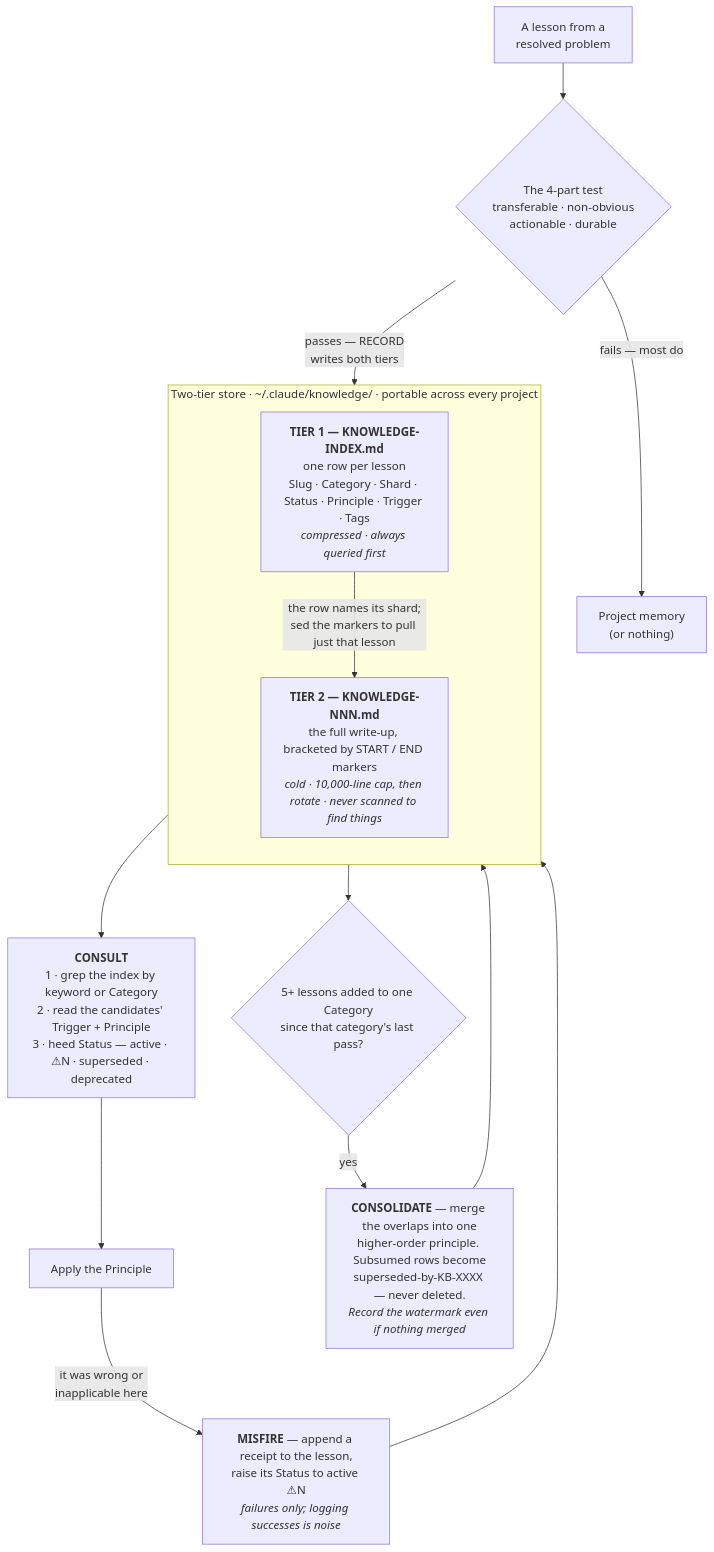
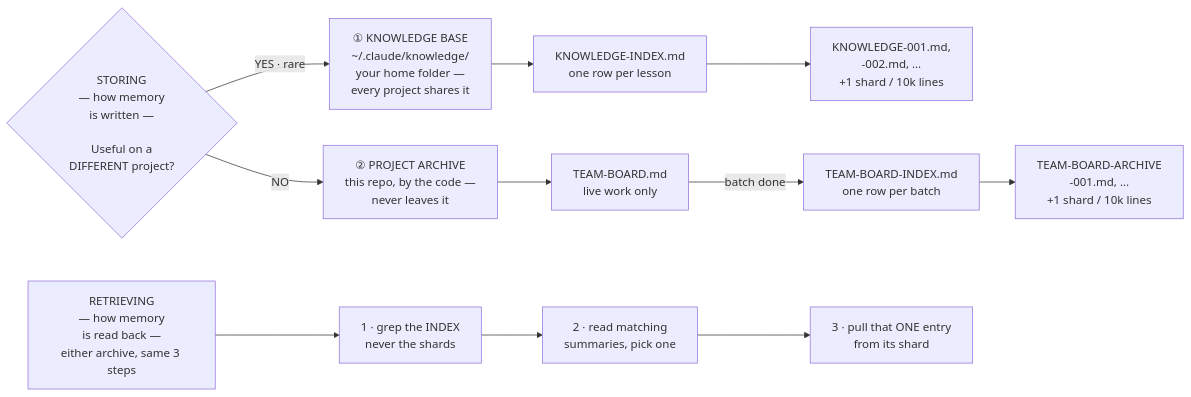
Before and after one commit to ynscancode/agentic-architecture: the diagram in README.md, drawn with Mermaid. The commit also changed other lines of this file, not shown here.

First line of the commit message:
Rewrite README around the archive; one labelled diagram

````diff
--- a/README.md
+++ b/README.md
@@ -60,21 +25,20 @@
 ```mermaid
-flowchart TB
-    LES["A lesson from a<br/>resolved problem"] --> TEST{"The 4-part test<br/>transferable · non-obvious<br/>actionable · durable"}
-    TEST -->|"fails — most do"| MEM["Project memory<br/>(or nothing)"]
+flowchart LR
+    Q{"STORING<br/>— how memory<br/>is written —<br/><br/>Useful on a<br/>DIFFERENT project?"}
+    Q -->|"YES · rare"| K1
+    Q -->|"NO"| P1
 
-    subgraph STORE["Two-tier store · ~/.claude/knowledge/ · portable across every project"]
-        direction TB
-        IDX["<b>TIER 1 — KNOWLEDGE-INDEX.md</b><br/>one row per lesson<br/>Slug · Category · Shard · Status · Principle · Trigger · Tags<br/><i>compressed · always queried first</i>"]
-        SHARD["<b>TIER 2 — KNOWLEDGE-NNN.md</b><br/>the full write-up, bracketed by START / END markers<br/><i>cold · 10,000-line cap, then rotate · never scanned to find things</i>"]
-        IDX -->|"the row names its shard;<br/>sed the markers to pull just that lesson"| SHARD
-    end
+    K1["① KNOWLEDGE BASE<br/>~/.claude/knowledge/<br/>your home folder —<br/>every project shares it"]
+    K1 --> K2["KNOWLEDGE-INDEX.md<br/>one row per lesson"]
+    K2 --> K3["KNOWLEDGE-001.md,<br/>-002.md, …<br/>+1 shard / 10k lines"]
 
-    TEST -->|"passes — RECORD<br/>writes both tiers"| STORE
-    STORE --> CONSULT["<b>CONSULT</b><br/>1 · grep the index by keyword or Category<br/>2 · read the candidates' Trigger + Principle<br/>3 · heed Status — active · ⚠N · superseded · deprecated"]
-    CONSULT --> APPLY["Apply the Principle"]
-    APPLY -->|"it was wrong or<br/>inapplicable here"| MIS["<b>MISFIRE</b> — append a receipt to the lesson,<br/>raise its Status to active ⚠N<br/><i>failures only; logging successes is noise</i>"]
-    MIS --> STORE
-    STORE --> TRIG{"5+ lessons added to one Category<br/>since that category's last pass?"}
-    TRIG -->|"yes"| CONS["<b>CONSOLIDATE</b> — merge the overlaps into one<br/>higher-order principle. Subsumed rows become<br/>superseded-by-KB-XXXX — never deleted.<br/><i>Record the watermark even if nothing merged</i>"]
-    CONS --> STORE
+    P1["② PROJECT ARCHIVE<br/>this repo, by the code —<br/>never leaves it"]
+    P1 --> P2["TEAM-BOARD.md<br/>live work only"]
+    P2 -->|"batch done"| P3["TEAM-BOARD-INDEX.md<br/>one row per batch"]
+    P3 --> P4["TEAM-BOARD-ARCHIVE<br/>-001.md, …<br/>+1 shard / 10k lines"]
+
+    R1["RETRIEVING<br/>— how memory<br/>is read back —<br/>either archive, same 3 steps"]
+    R1 --> R2["1 · grep the INDEX<br/>never the shards"]
+    R2 --> R3["2 · read matching<br/>summaries, pick one"]
+    R3 --> R4["3 · pull that ONE entry<br/>from its shard"]
 ```
````
